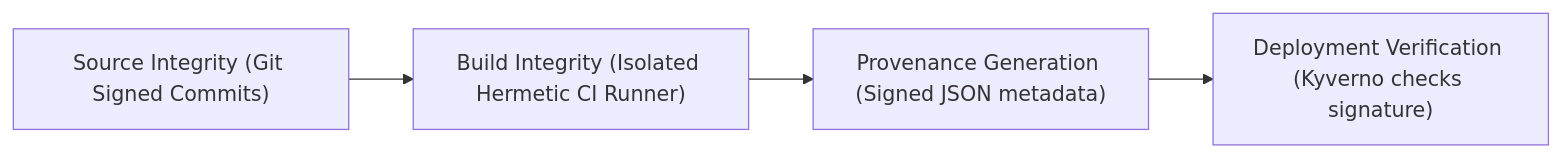
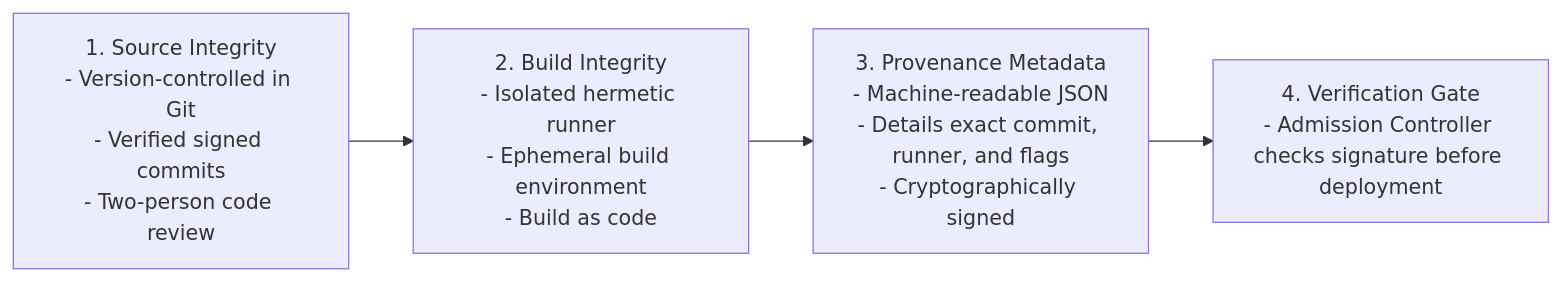
Before and after one commit to varunks04/CBS-Roleplay: the diagram in DevSecOps/08_Advanced_Topics/01_SLSA_Framework_and_Attestation_Signing.md, drawn with Mermaid. The commit also changed other lines of this file and 38 other files, not shown here.

````diff
--- a/DevSecOps/08_Advanced_Topics/01_SLSA_Framework_and_Attestation_Signing.md
+++ b/DevSecOps/08_Advanced_Topics/01_SLSA_Framework_and_Attestation_Signing.md
@@ -10,6 +11,6 @@
 ```mermaid
-graph LR
-    Source["Source Integrity (Git Signed Commits)"] --> Build["Build Integrity (Isolated Hermetic CI Runner)"]
-    Build --> Provenance["Provenance Generation (Signed JSON metadata)"]
-    Provenance --> Deploy["Deployment Verification (Kyverno checks signature)"]
+flowchart LR
+    Source["1. Source Integrity<br>- Version-controlled in Git<br>- Verified signed commits<br>- Two-person code review"] --> Build["2. Build Integrity<br>- Isolated hermetic runner<br>- Ephemeral build environment<br>- Build as code"]
+    Build --> Provenance["3. Provenance Metadata<br>- Machine-readable JSON<br>- Details exact commit, runner, and flags<br>- Cryptographically signed"]
+    Provenance --> Verify["4. Verification Gate<br>- Admission Controller checks signature before deployment"]
 ```
````
